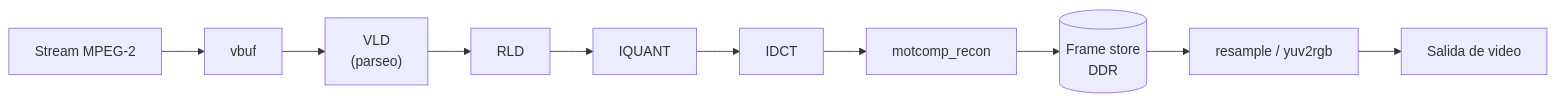
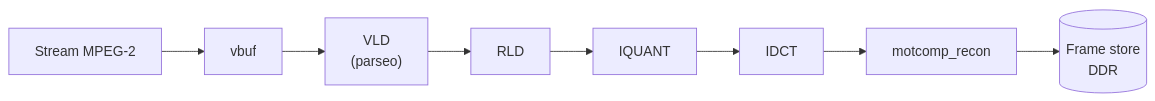
Before and after one commit to esbon125/tandem: the second of 2 diagrams in README.md, drawn with Mermaid. The commit also changed other lines of this file, not shown here.

````diff
--- a/README.md
+++ b/README.md
@@ -75,10 +47,8 @@
 ```mermaid
 flowchart LR
     IN[Stream MPEG-2] --> VBUF[vbuf]
     VBUF --> VLD["VLD\n(parseo)"]
     VLD --> RLD --> IQUANT --> IDCT
     IDCT --> RECON["motcomp_recon"]
     RECON --> FS[(Frame store\nDDR)]
-    FS --> DISP["resample / yuv2rgb"]
-    DISP --> OUT[Salida de video]
 ```
````
